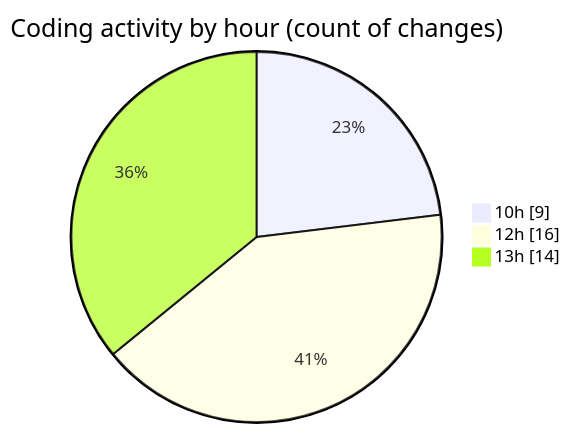
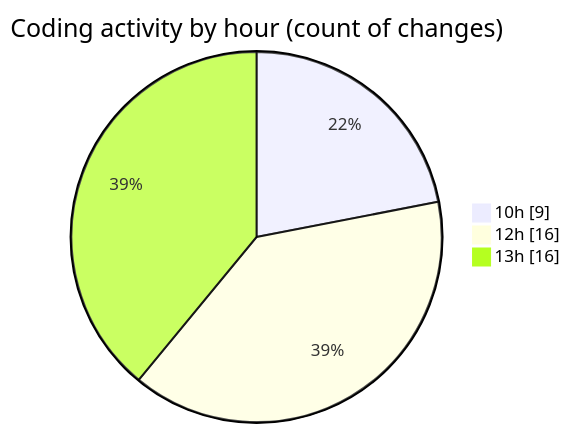
The second of 2 diagrams in 2025-10-28/cda/README.md (momahboobian/code-tracking), drawn with Mermaid before and after one commit. The commit also changed other lines of this file and 1 other file, not shown here.

````diff
--- a/2025-10-28/cda/README.md
+++ b/2025-10-28/cda/README.md
@@ -49,7 +49,7 @@
 ```mermaid
 pie showData
 title Coding activity by hour (count of changes)
 "10h" : 9
 "12h" : 16
-"13h" : 14
+"13h" : 16
 ```
````
